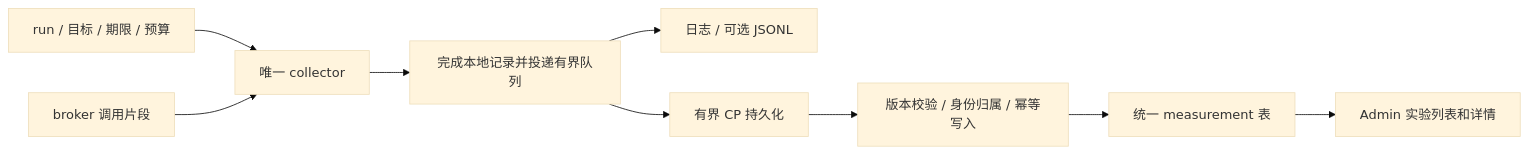
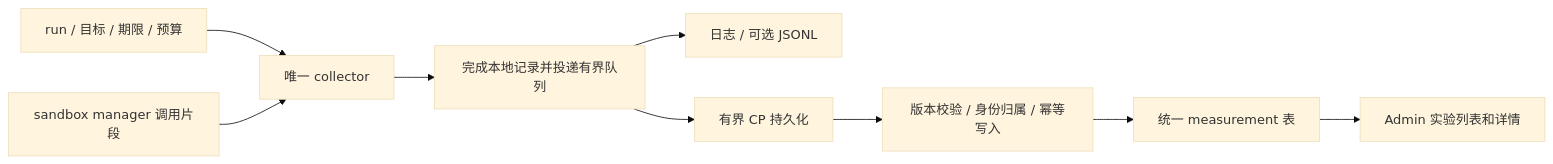
The diagram in docs/specs/2026-09-16-operation-measurement-storage-admin-integration-design.zh-CN.md (B-A-M-N/hybridInference-cloud-agent-1), drawn with Mermaid (base theme) before and after one commit. The commit also changed other lines of this file and 264 other files, not shown here.

First line of the commit message:
refactor: rename Workspace Broker to Sandbox Manager (#575)

````diff
--- a/docs/specs/2026-09-16-operation-measurement-storage-admin-integration-design.zh-CN.md
+++ b/docs/specs/2026-09-16-operation-measurement-storage-admin-integration-design.zh-CN.md
@@ -36,11 +36,11 @@
 ```mermaid
 flowchart LR
     A[run / 目标 / 期限 / 预算] --> B[唯一 collector]
-    C[broker 调用片段] --> B
+    C[sandbox manager 调用片段] --> B
     B --> D[完成本地记录并投递有界队列]
     D --> E[日志 / 可选 JSONL]
     D --> F[有界 CP 持久化]
     F --> G[版本校验 / 身份归属 / 幂等写入]
     G --> H[统一 measurement 表]
     H --> I[Admin 实验列表和详情]
 ```
````
